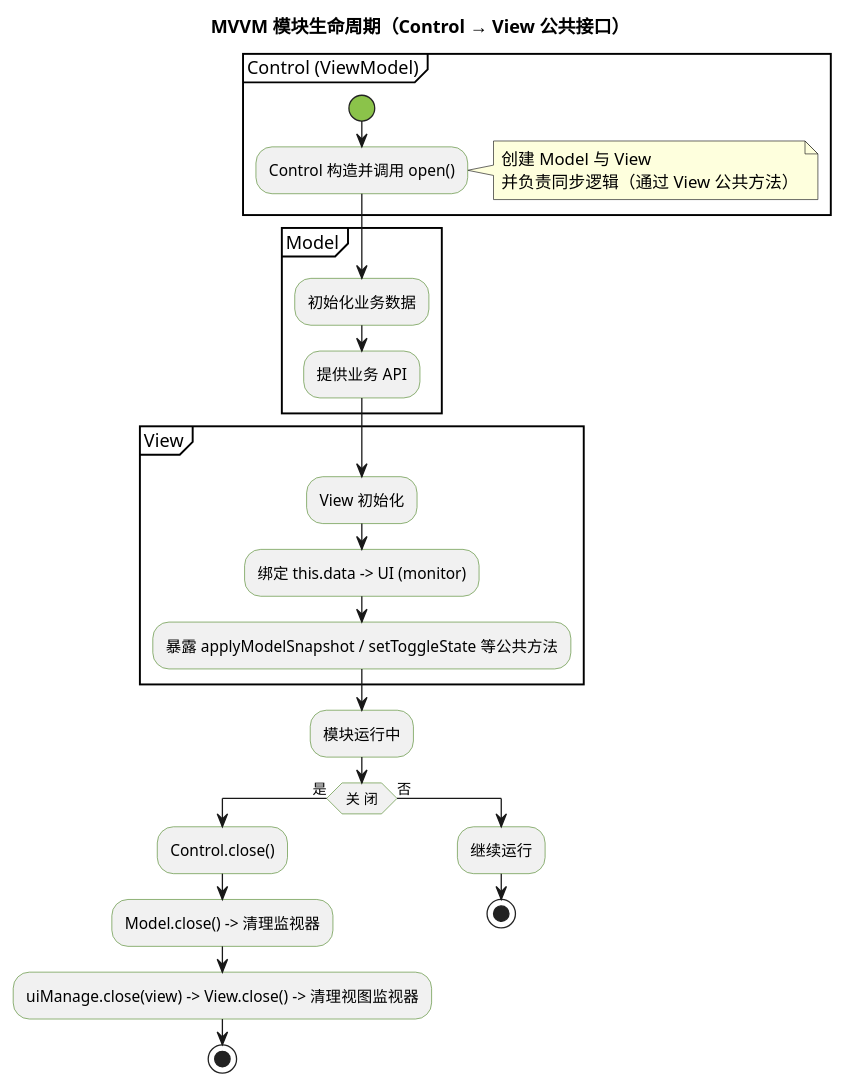
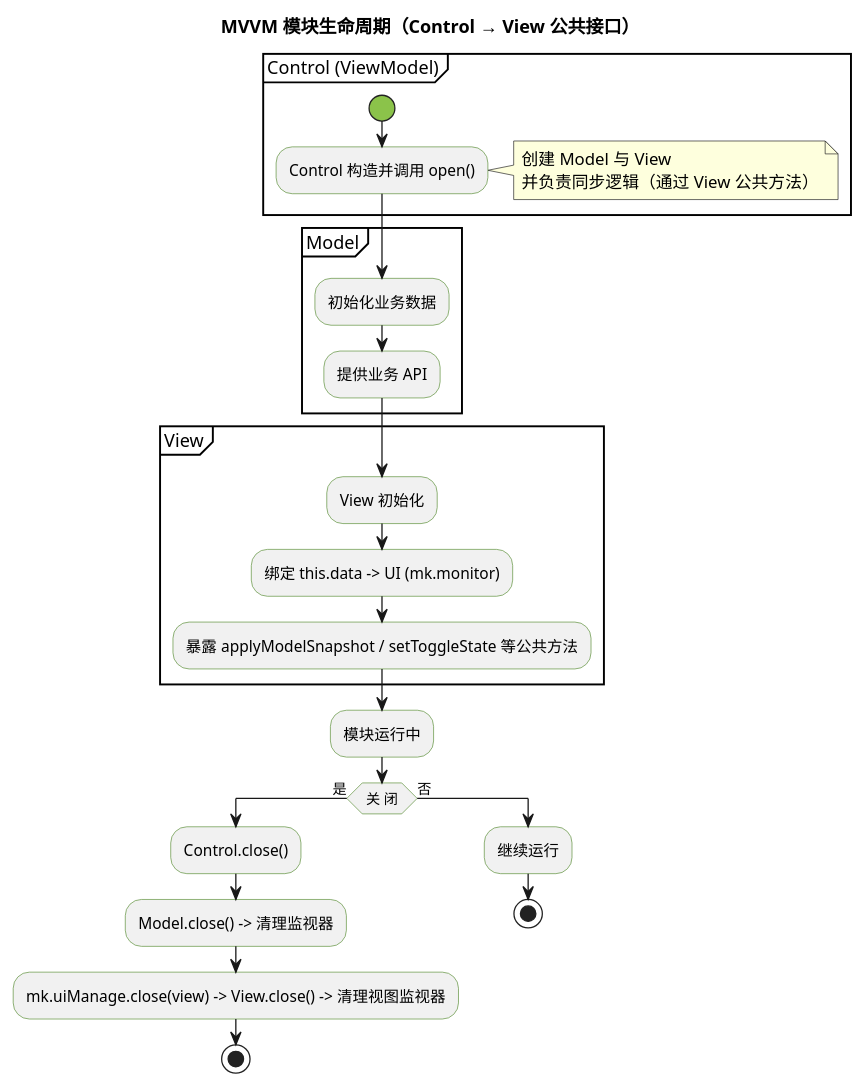
The first of 2 diagrams in contents/docs/module/module/mvvm/index.mdx (1226085293/MKFrameworkDocs), drawn with PlantUML before and after one commit. The commit also changed other lines of this file and 11 other files, not shown here.

````diff
--- a/contents/docs/module/module/mvvm/index.mdx
+++ b/contents/docs/module/module/mvvm/index.mdx
@@ -262,42 +262,42 @@
 ```plantuml
 @startuml
 title MVVM 模块生命周期（Control → View 公共接口）
 
 skinparam backgroundColor #FFFFFF
 skinparam activity {
   StartColor #8BC34A
   EndColor #FF7043
   BorderColor #558B2F
   FontColor black
 }
 
 partition "Control (ViewModel)" {
   start
   :Control 构造并调用 open();
   note right: 创建 Model 与 View\n并负责同步逻辑（通过 View 公共方法）
 }
 
 partition "Model" {
   :初始化业务数据;
   :提供业务 API;
 }
 
 partition "View" {
   :View 初始化;
-  :绑定 this.data -> UI (monitor);
+  :绑定 this.data -> UI (mk.monitor);
   :暴露 applyModelSnapshot / setToggleState 等公共方法;
 }
 
 :模块运行中;
 
 if ( 关 闭 ) then (是)
   :Control.close();
   :Model.close() -> 清理监视器;
-  :uiManage.close(view) -> View.close() -> 清理视图监视器;
+  :mk.uiManage.close(view) -> View.close() -> 清理视图监视器;
   stop
 else (否)
   :继续运行;
   stop
 endif
 @enduml
 ```
````
